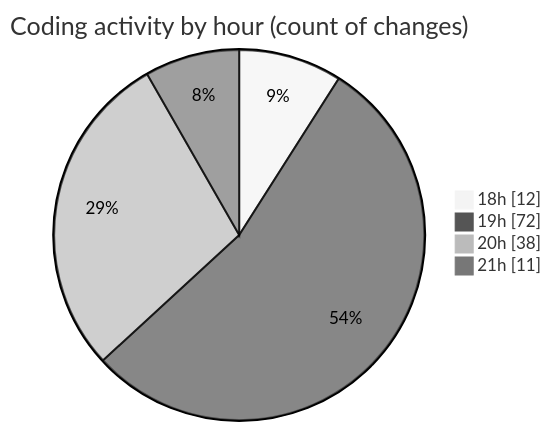
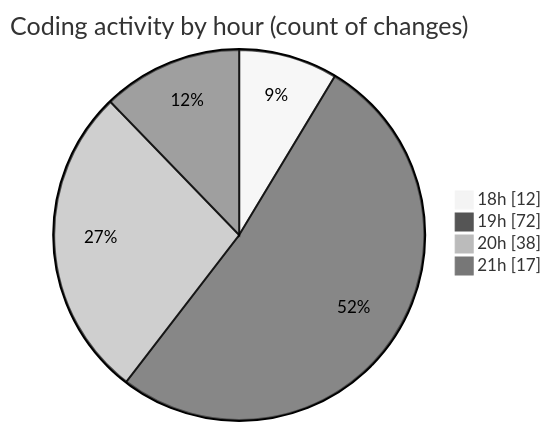
Before and after one commit to MatusMokan/code-tracking: the second of 2 diagrams in 2025-03-14/myws__workspace_/README.md, drawn with Mermaid (neutral theme). The commit also changed other lines of this file and 1 other file, not shown here.

````diff
--- a/2025-03-14/myws__workspace_/README.md
+++ b/2025-03-14/myws__workspace_/README.md
@@ -30,8 +30,8 @@
 ```mermaid
 pie showData
 title Coding activity by hour (count of changes)
 "18h" : 12
 "19h" : 72
 "20h" : 38
-"21h" : 11
+"21h" : 17
 ```
````
